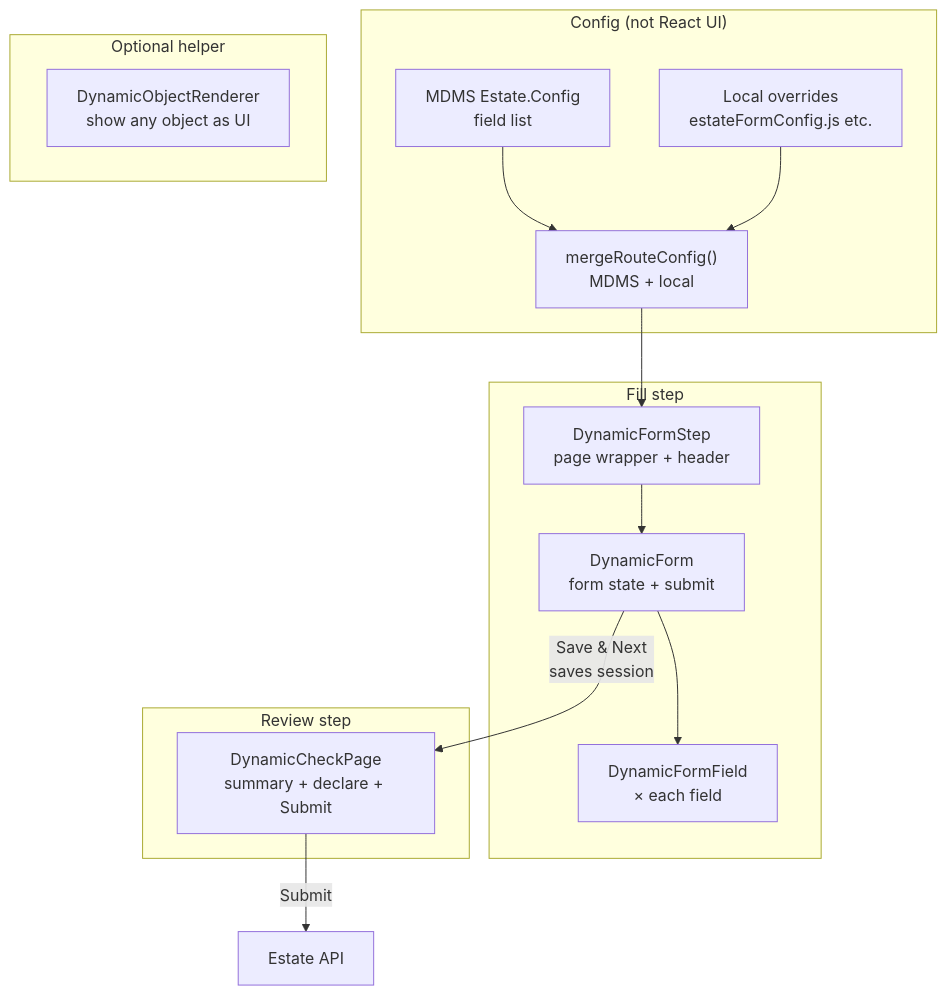
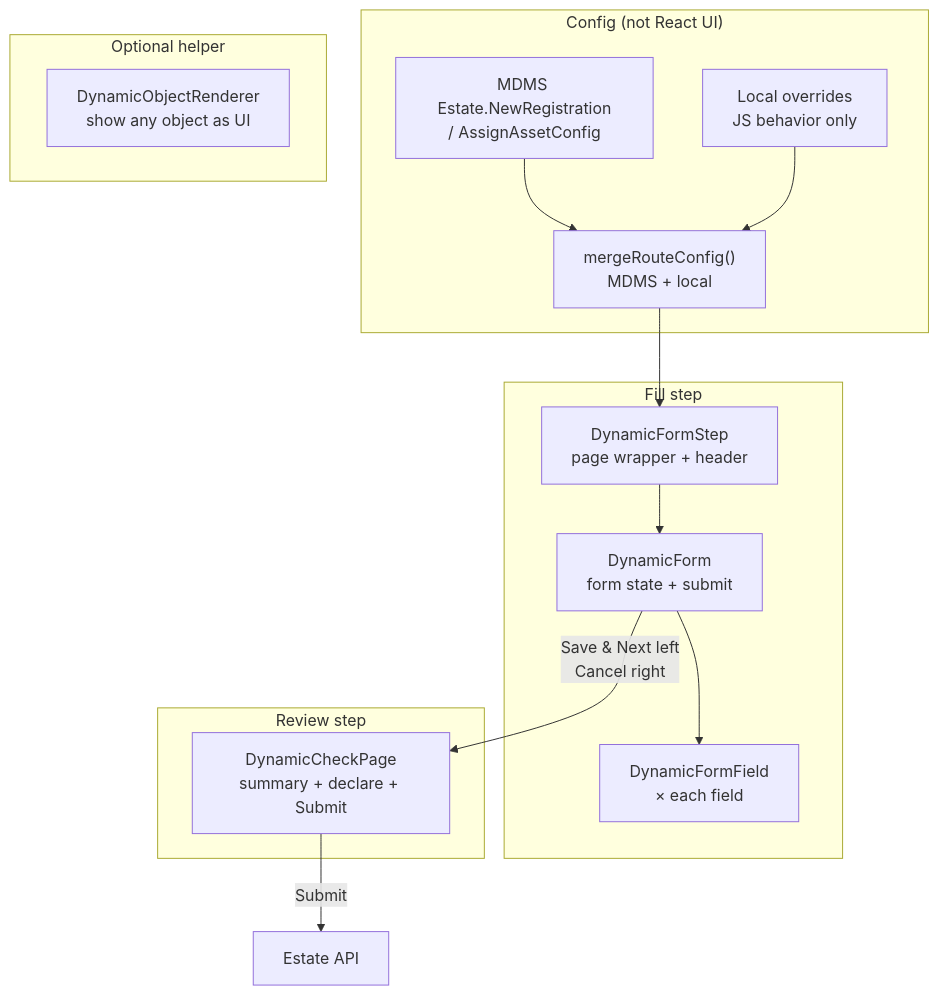
The first of 3 diagrams in frontend/upyog-ui/web/micro-ui-internals/packages/modules/est/DYNAMIC_FORM_FLOW.md (upyog/UPYOG), drawn with Mermaid before and after one commit. The commit also changed other lines of this file, not shown here.

Commit message:
updated dynmaic form .md file

````diff
--- a/frontend/upyog-ui/web/micro-ui-internals/packages/modules/est/DYNAMIC_FORM_FLOW.md
+++ b/frontend/upyog-ui/web/micro-ui-internals/packages/modules/est/DYNAMIC_FORM_FLOW.md
@@ -34,29 +59,29 @@
 ```mermaid
 flowchart TB
   subgraph CONFIG["Config (not React UI)"]
-    MDMS["MDMS Estate.Config<br/>field list"]
-    LOCAL["Local overrides<br/>estateFormConfig.js etc."]
+    MDMS["MDMS Estate.NewRegistration<br/>/ AssignAssetConfig"]
+    LOCAL["Local overrides<br/>JS behavior only"]
     MERGE["mergeRouteConfig()<br/>MDMS + local"]
     MDMS --> MERGE
     LOCAL --> MERGE
   end
 
   subgraph FILL["Fill step"]
     STEP["DynamicFormStep<br/>page wrapper + header"]
     FORM["DynamicForm<br/>form state + submit"]
     FIELD["DynamicFormField<br/>× each field"]
     STEP --> FORM --> FIELD
   end
 
   subgraph REVIEW["Review step"]
     CHECK["DynamicCheckPage<br/>summary + declare + Submit"]
   end
 
   subgraph HELPER["Optional helper"]
     OBJ["DynamicObjectRenderer<br/>show any object as UI"]
   end
 
   MERGE --> STEP
-  FORM -->|"Save & Next<br/>saves session"| CHECK
+  FORM -->|"Save & Next left<br/>Cancel right"| CHECK
   CHECK -->|"Submit"| API["Estate API"]
 ```
````
